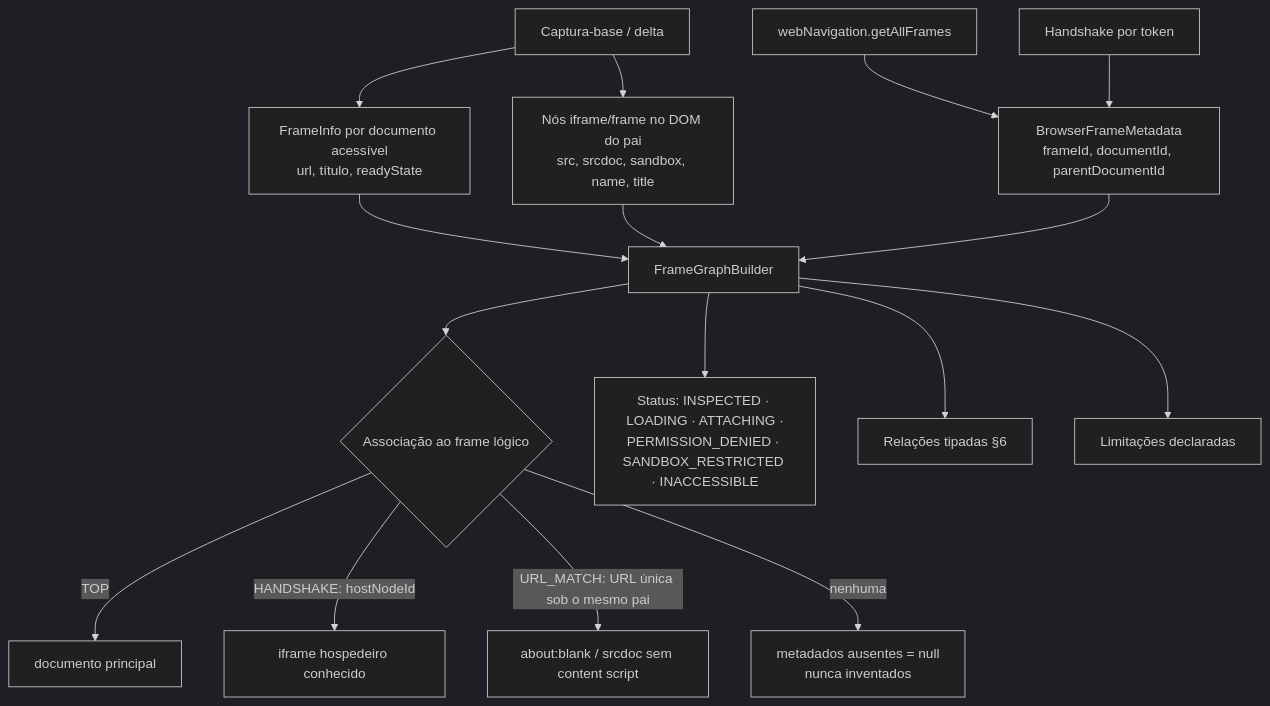
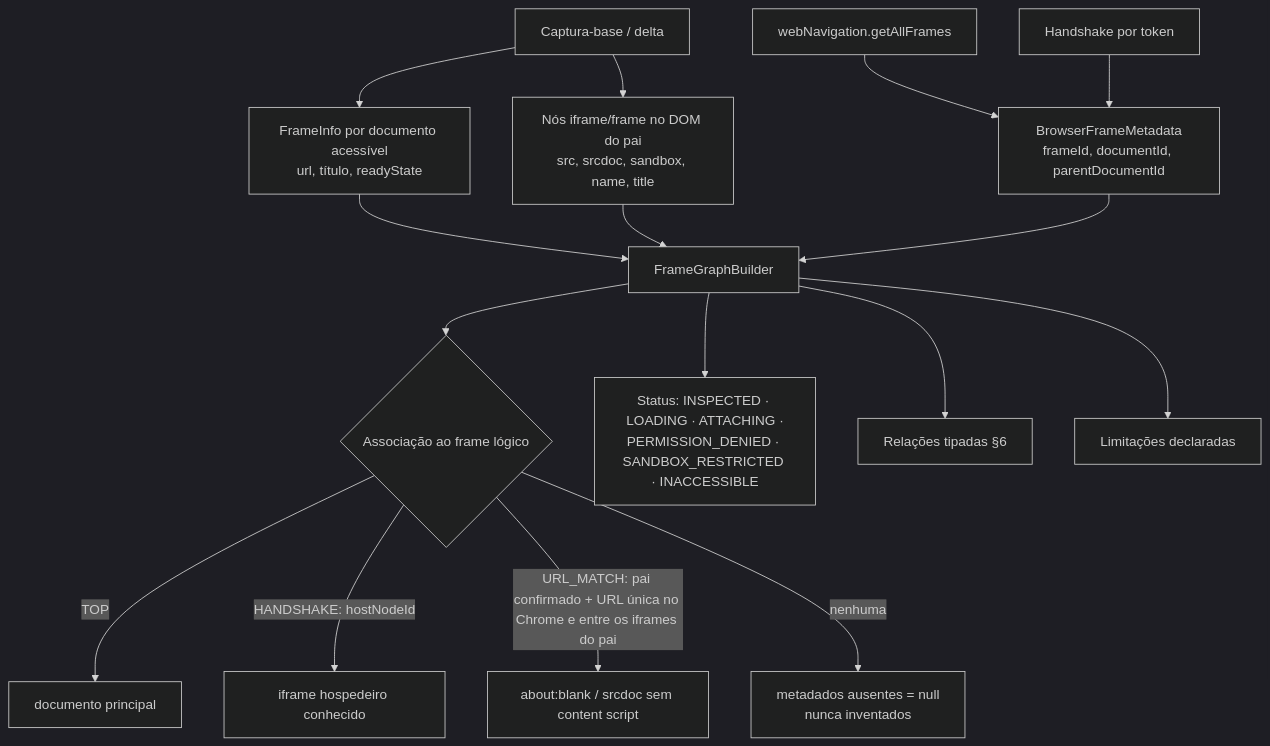
Before and after one commit to Nekkora-Operation/Nekkora-Extension-Chrome: the diagram in docs/chrome-003/frame-intelligence.md, drawn with Mermaid (dark theme). The commit also changed other lines of this file and 63 other files, not shown here.

````diff
--- a/docs/chrome-003/frame-intelligence.md
+++ b/docs/chrome-003/frame-intelligence.md
@@ -25,18 +25,18 @@
 ```mermaid
 flowchart TD
     A[Captura-base / delta] --> B[FrameInfo por documento acessível<br/>url, título, readyState]
     A --> C[Nós iframe/frame no DOM do pai<br/>src, srcdoc, sandbox, name, title]
     D[webNavigation.getAllFrames] --> E[BrowserFrameMetadata<br/>frameId, documentId, parentDocumentId]
     F[Handshake por token] --> E
     B --> G[FrameGraphBuilder]
     C --> G
     E --> G
     G --> H{Associação ao frame lógico}
     H -->|TOP| I[documento principal]
     H -->|HANDSHAKE: hostNodeId| J[iframe hospedeiro conhecido]
-    H -->|URL_MATCH: URL única sob o mesmo pai| K[about:blank / srcdoc sem content script]
+    H -->|URL_MATCH: pai confirmado + URL única no Chrome e entre os iframes do pai| K[about:blank / srcdoc sem content script]
     H -->|nenhuma| L[metadados ausentes = null<br/>nunca inventados]
     G --> M[Status: INSPECTED · LOADING · ATTACHING ·<br/>PERMISSION_DENIED · SANDBOX_RESTRICTED · INACCESSIBLE]
     G --> N[Relações tipadas §6]
     G --> O[Limitações declaradas]
 ```
````
